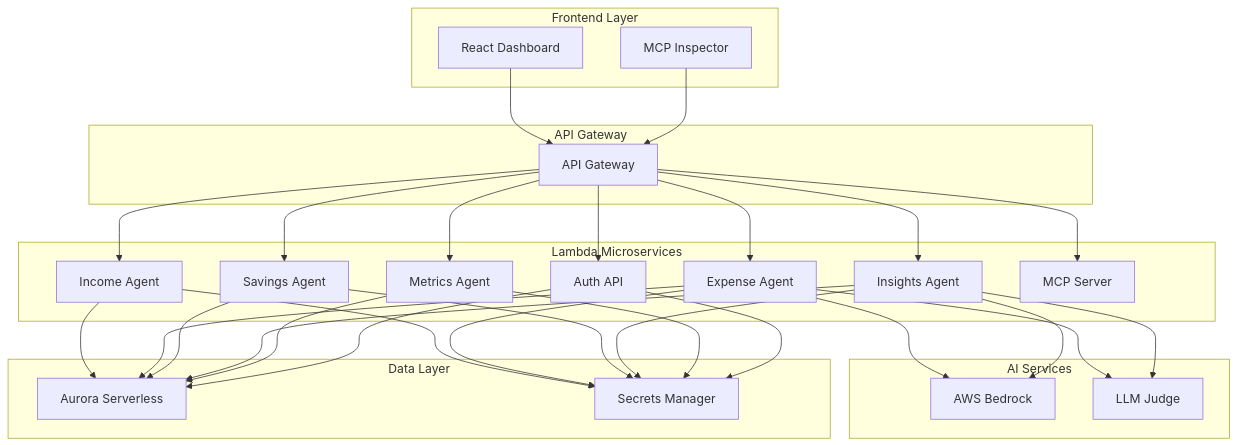
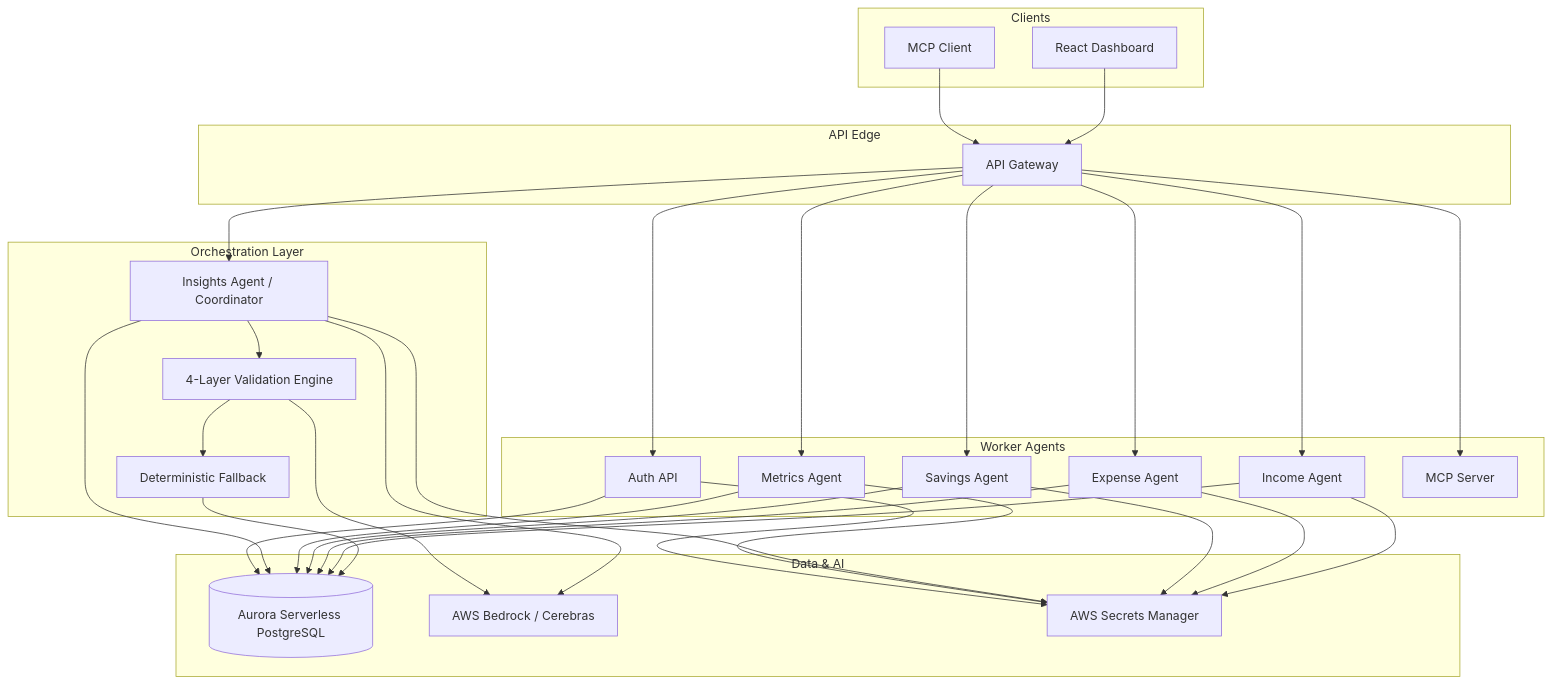
The diagram in README.md (habeneyasu/personal-finance-agent), drawn with Mermaid before and after one commit. The commit also changed other lines of this file and 13 other files, not shown here.

````diff
--- a/README.md
+++ b/README.md
@@ -46,60 +73,62 @@
 ```mermaid
 graph TB
-    subgraph "Frontend Layer"
-        A[React Dashboard]
-        B[MCP Inspector]
+    subgraph "Clients"
+        UI[React Dashboard]
+        MCP[MCP Client]
     end
-    
-    subgraph "API Gateway"
-        C[API Gateway]
+
+    subgraph "API Edge"
+        GW[API Gateway]
     end
-    
-    subgraph "Lambda Microservices"
-        D[Income Agent]
-        E[Expense Agent]
-        F[Savings Agent]
-        G[Insights Agent]
-        H[Metrics Agent]
-        I[Auth API]
-        J[MCP Server]
+
+    subgraph "Orchestration Layer"
+        IA[Insights Agent / Coordinator]
+        VAL[4-Layer Validation Engine]
+        FB[Deterministic Fallback]
     end
-    
-    subgraph "AI Services"
-        K[AWS Bedrock]
-        L[LLM Judge]
+
+    subgraph "Worker Agents"
+        IN[Income Agent]
+        EX[Expense Agent]
+        SA[Savings Agent]
+        ME[Metrics Agent]
+        AU[Auth API]
+        MS[MCP Server]
     end
-    
-    subgraph "Data Layer"
-        M[Aurora Serverless]
-        N[Secrets Manager]
+
+    subgraph "Data & AI"
+        DB[(Aurora Serverless PostgreSQL)]
+        BR[AWS Bedrock / Cerebras]
+        SM[AWS Secrets Manager]
     end
-    
-    A --> C
-    B --> C
-    C --> D
-    C --> E
-    C --> F
-    C --> G
-    C --> H
-    C --> I
-    C --> J
-    
-    E --> K
-    G --> K
-    E --> L
-    G --> L
-    
-    D --> M
-    E --> M
-    F --> M
-    G --> M
-    H --> M
-    I --> M
-    
-    D --> N
-    E --> N
-    F --> N
-    G --> N
-    H --> N
-    I --> N
+
+    UI --> GW
+    MCP --> GW
+    GW --> IN
+    GW --> EX
+    GW --> SA
+    GW --> IA
+    GW --> ME
+    GW --> AU
+    GW --> MS
+
+    IA --> BR
+    IA --> VAL
+    VAL --> BR
+    VAL --> FB
+    FB --> DB
+
+    IN --> DB
+    EX --> DB
+    SA --> DB
+    ME --> DB
+    IA --> DB
+    AU --> DB
+
+    IN --> SM
+    EX --> SM
+    SA --> SM
+    IA --> SM
+    ME --> SM
+    AU --> SM
 ```
````
